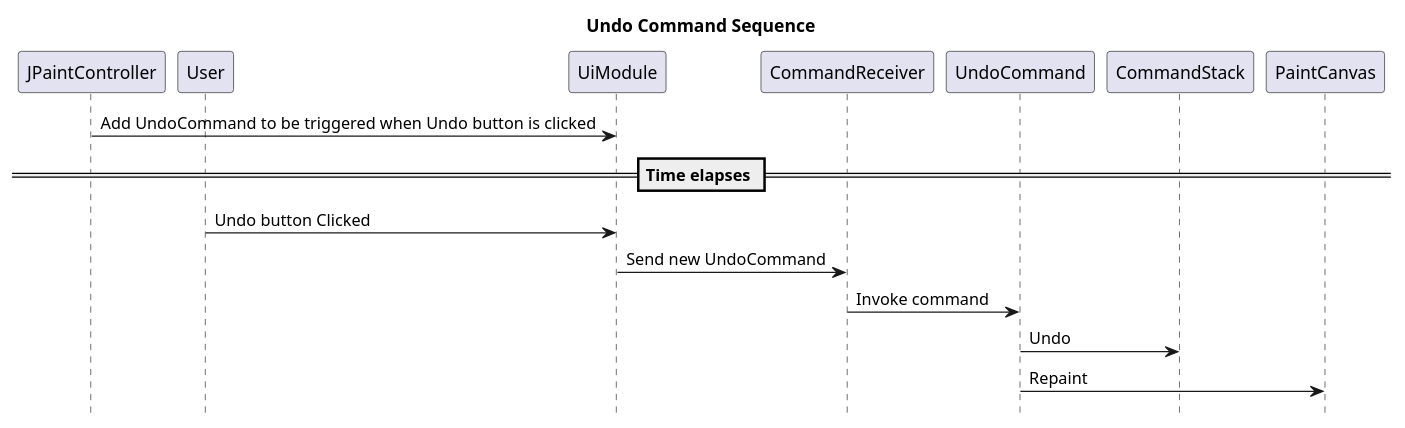
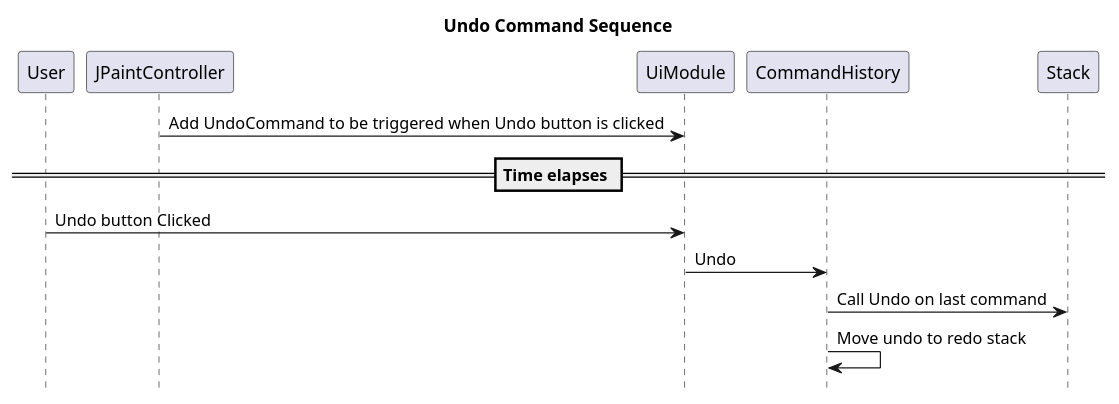
Before and after one commit to johnsmillie-portfolio/SE450-JPaint: the diagram in documentation/undo command sequence diagram.plantuml, drawn with PlantUML. The commit also changed 15 other files, not shown here.

Commit message:
add shape command, undo, and diagrams

```diff
--- a/documentation/undo command sequence diagram.plantuml
+++ b/documentation/undo command sequence diagram.plantuml
@@ -1,19 +1,17 @@
 @startuml Command Sequence
 title Undo Command Sequence
 hide footbox
 
 participant User order 10
-participant UiModule order 20
-participant CommandReceiver order 30
-participant UndoCommand order 40
-participant CommandStack order 50
-participant PaintCanvas order 60
+participant UiModule order 40
+participant JPaintController order 30
+participant CommandHistory order 50
+participant Stack order 50
 
 JPaintController -> UiModule: Add UndoCommand to be triggered when Undo button is clicked
 == Time elapses ==
 User -> UiModule: Undo button Clicked
-UiModule -> CommandReceiver: Send new UndoCommand
-CommandReceiver -> UndoCommand: Invoke command
-UndoCommand -> CommandStack: Undo
-UndoCommand -> PaintCanvas: Repaint
+UiModule -> CommandHistory: Undo
+CommandHistory -> Stack: Call Undo on last command
+CommandHistory -> CommandHistory: Move undo to redo stack
 @enduml
```
